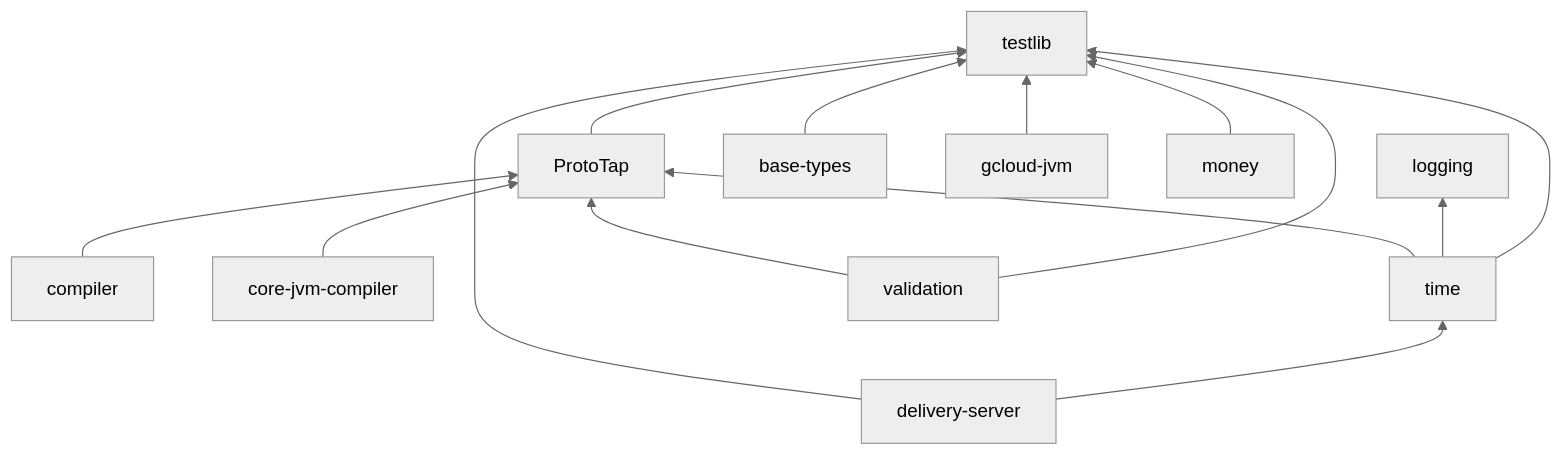
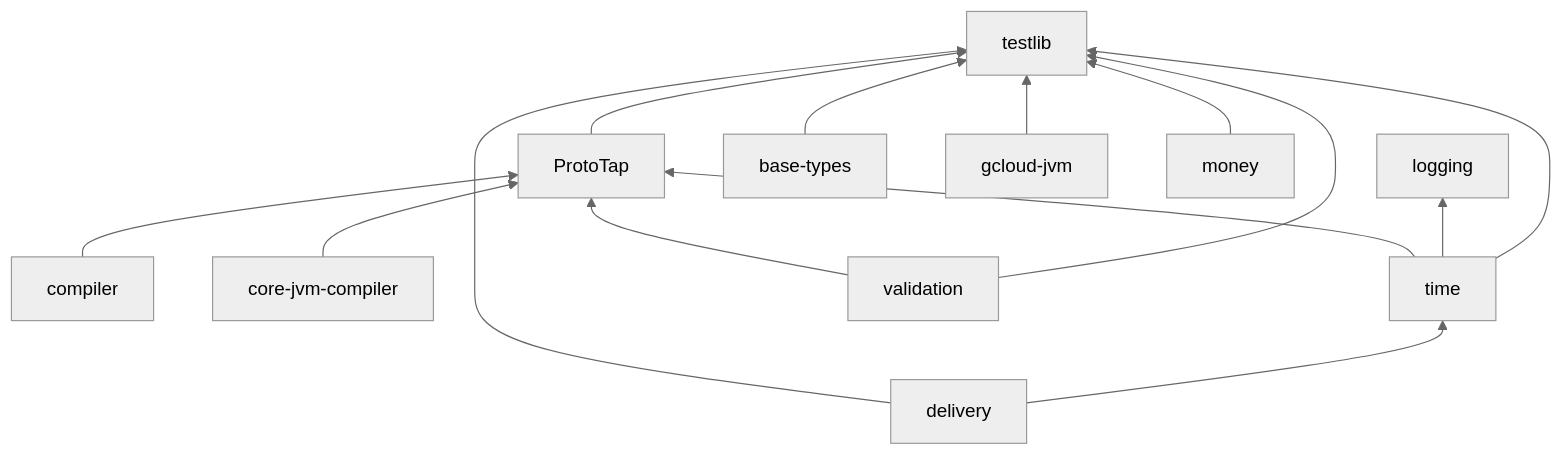
One commit to SpineEventEngine/summit changed the second of 3 diagrams in docs/dependency-graph.md. Above: the diagram before and after it, drawn with Mermaid (neutral theme). The commit also changed other lines of this file and 6 other files, not shown here.

First line of the commit message:
Rename the `delivery-server` submodule to `delivery`

````diff
--- a/docs/dependency-graph.md
+++ b/docs/dependency-graph.md
@@ -119,16 +119,16 @@
 ```mermaid
 flowchart BT
     compiler --> ProtoTap
     core-jvm-compiler --> ProtoTap
     time --> ProtoTap
     validation --> ProtoTap
     time --> logging
     ProtoTap --> testlib
     base-types --> testlib
-    delivery-server --> testlib
+    delivery --> testlib
     gcloud-jvm --> testlib
     money --> testlib
     time --> testlib
     validation --> testlib
-    delivery-server --> time
+    delivery --> time
 ```
````
